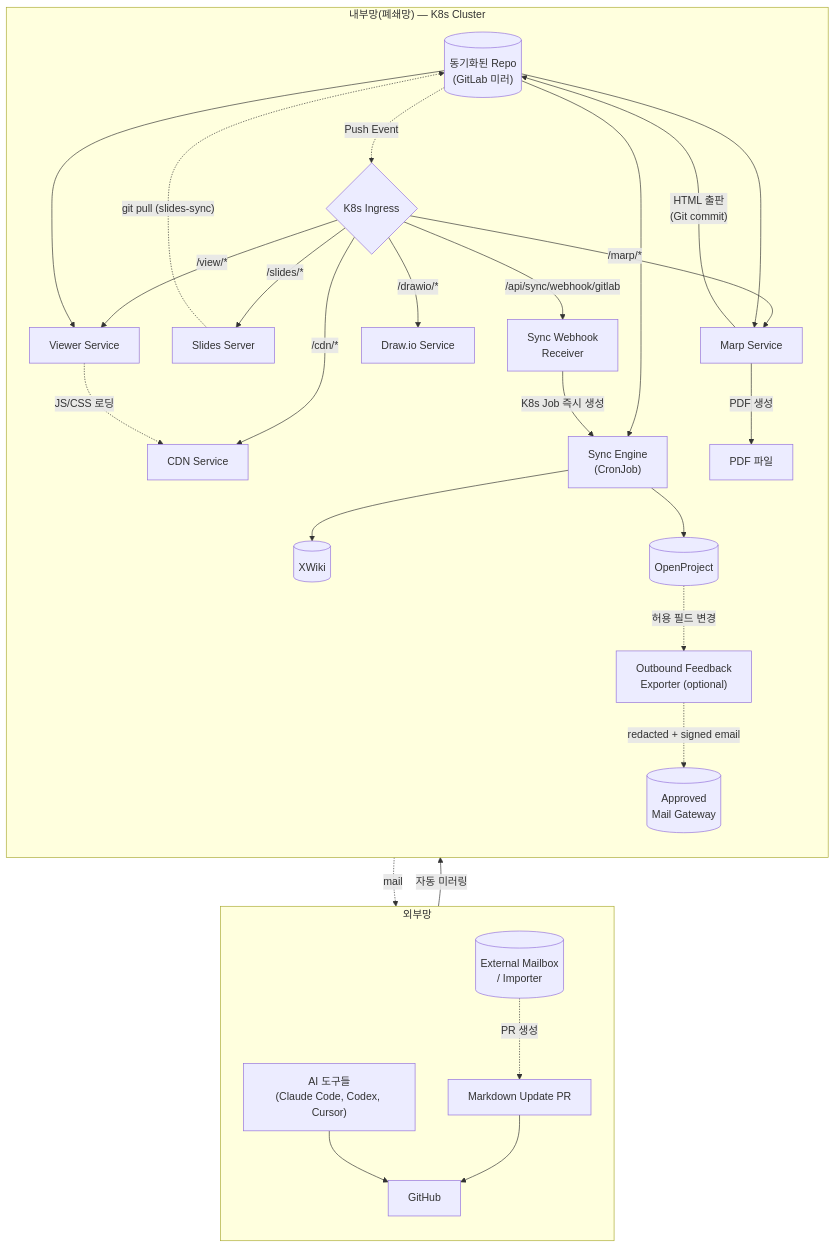
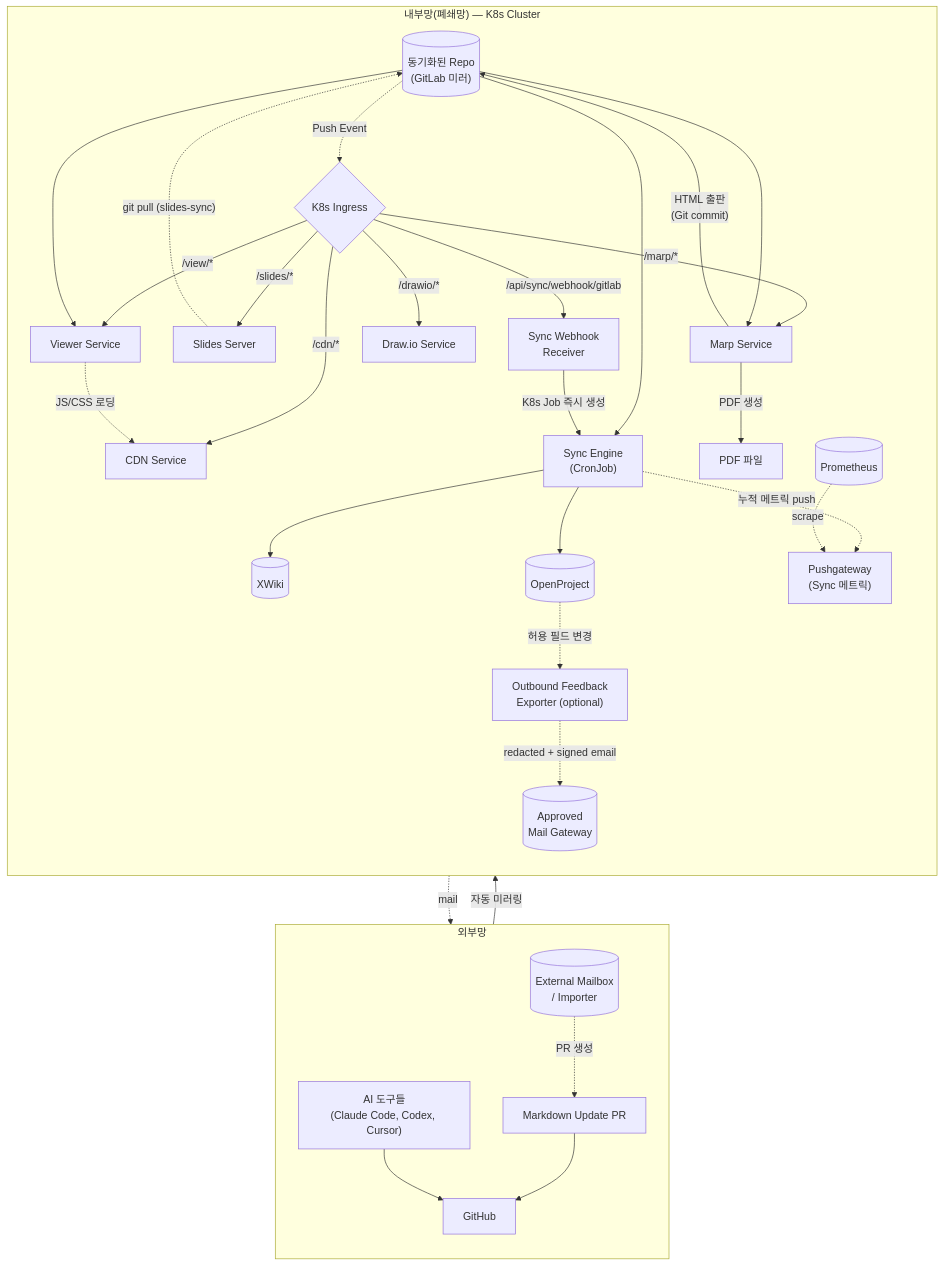
Before and after one commit to sch0718/synctx: the first of 2 diagrams in README.md, drawn with Mermaid. The commit also changed other lines of this file and 20 other files, not shown here.

````diff
--- a/README.md
+++ b/README.md
@@ -43,63 +43,67 @@
 ```mermaid
 flowchart TB
     subgraph External["외부망"]
         direction TB
         AI["AI 도구들<br>(Claude Code, Codex, Cursor)"]
         GitHub["GitHub"]
         ExternalInbox[("External Mailbox<br>/ Importer")]
         PR["Markdown Update PR"]
 
         AI --> GitHub
         ExternalInbox -. "PR 생성" .-> PR
         PR --> GitHub
     end
 
     subgraph Internal["내부망(폐쇄망) — K8s Cluster"]
         direction TB
         GitLab[("동기화된 Repo<br>(GitLab 미러)")]
         GitHub -- "자동 미러링" --> GitLab
 
         Ingress{"K8s Ingress"}
         Viewer["Viewer Service"]
         CDN["CDN Service"]
         Drawio["Draw.io Service"]
         Marp["Marp Service"]
         Slides["Slides Server"]
         SyncWebhook["Sync Webhook<br>Receiver"]
         Sync["Sync Engine<br>(CronJob)"]
+        Pushgateway["Pushgateway<br>(Sync 메트릭)"]
+        Prometheus[("Prometheus")]
         Feedback["Outbound Feedback<br>Exporter (optional)"]
         MailGateway[("Approved<br>Mail Gateway")]
 
         XWiki[("XWiki")]
         OP[("OpenProject")]
 
         GitLab -. "Push Event" .-> Ingress
 
         Ingress -- "/view/*" --> Viewer
         Ingress -- "/cdn/*" --> CDN
         Ingress -- "/slides/*" --> Slides
         Ingress -- "/marp/*" --> Marp
         Ingress -- "/drawio/*" --> Drawio
         Ingress -- "/api/sync/webhook/gitlab" --> SyncWebhook
 
         GitLab --> Viewer
         GitLab --> Marp
         GitLab --> Sync
 
         Viewer -. "JS/CSS 로딩" .-> CDN
 
         Marp -- "PDF 생성" --> PDF["PDF 파일"]
         Marp -- "HTML 출판<br>(Git commit)" --> GitLab
 
         Slides -. "git pull (slides-sync)" .-> GitLab
 
         SyncWebhook -- "K8s Job 즉시 생성" --> Sync
         Sync --> XWiki
         Sync --> OP
+        Sync -. "누적 메트릭 push" .-> Pushgateway
+        Prometheus -. "scrape" .-> Pushgateway
 
         OP -. "허용 필드 변경" .-> Feedback
         Feedback -. "redacted + signed email" .-> MailGateway
     end
 
     MailGateway -. "mail" .-> ExternalInbox
 ```
````
